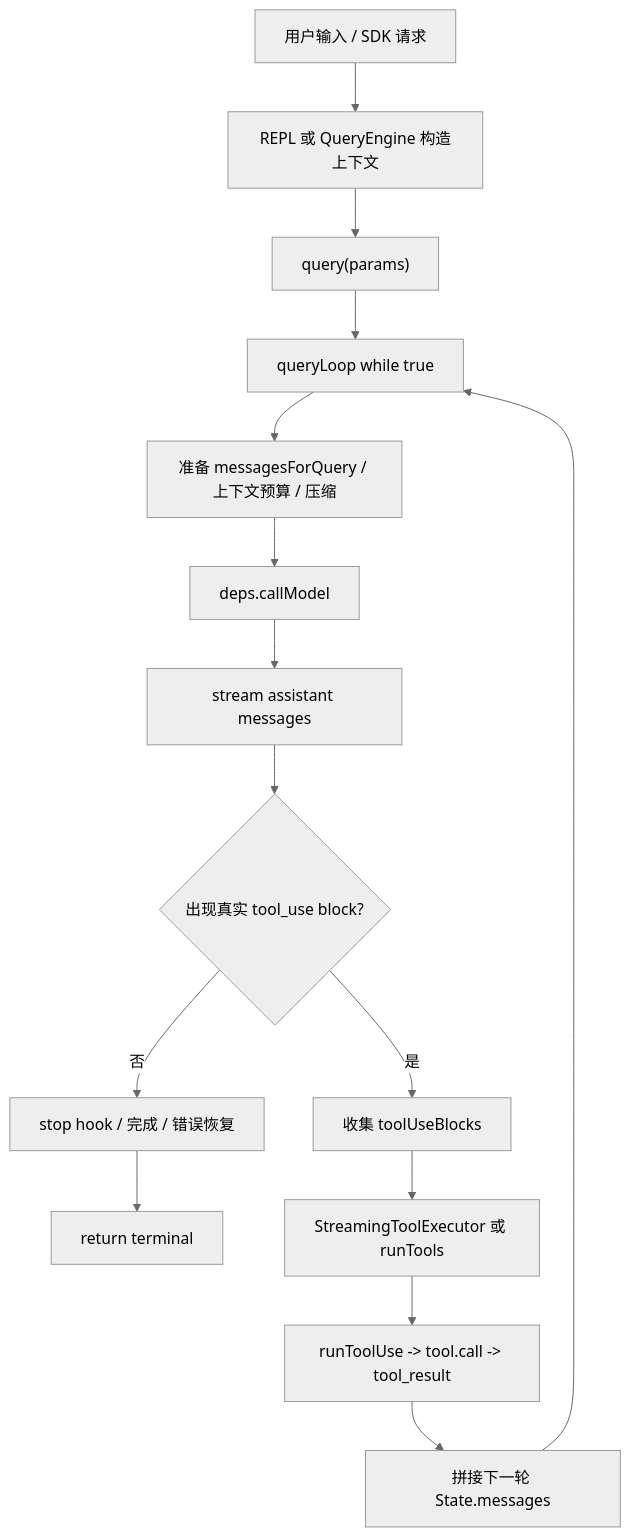
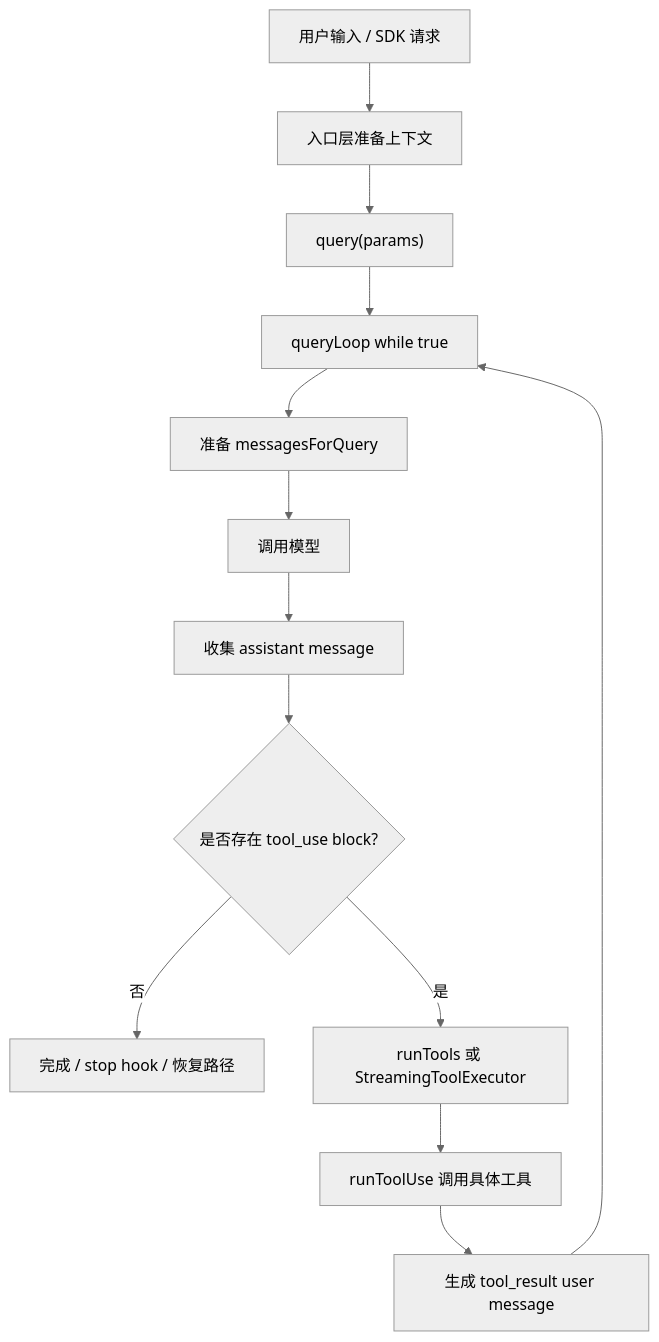
One commit to HOPE989/hope-cc changed the diagram in docs/wiki-source/cc/analysis/claude-code-agent-loop.md. Above: the diagram before and after it, drawn with Mermaid (neutral theme). The commit also changed other lines of this file and 9 other files, not shown here.

````diff
--- a/docs/wiki-source/cc/analysis/claude-code-agent-loop.md
+++ b/docs/wiki-source/cc/analysis/claude-code-agent-loop.md
@@ -61,17 +114,15 @@
 ```mermaid
 flowchart TD
-  A["用户输入 / SDK 请求"] --> B["REPL 或 QueryEngine 构造上下文"]
+  A["用户输入 / SDK 请求"] --> B["入口层准备上下文"]
   B --> C["query(params)"]
   C --> D["queryLoop while true"]
-  D --> E["准备 messagesForQuery / 上下文预算 / 压缩"]
-  E --> F["deps.callModel"]
-  F --> G["stream assistant messages"]
-  G --> H{"出现真实 tool_use block?"}
-  H -- "否" --> I["stop hook / 完成 / 错误恢复"]
-  I --> J["return terminal"]
-  H -- "是" --> K["收集 toolUseBlocks"]
-  K --> L["StreamingToolExecutor 或 runTools"]
-  L --> M["runToolUse -> tool.call -> tool_result"]
-  M --> N["拼接下一轮 State.messages"]
-  N --> D
+  D --> E["准备 messagesForQuery"]
+  E --> F["调用模型"]
+  F --> G["收集 assistant message"]
+  G --> H{"是否存在 tool_use block?"}
+  H -- "否" --> I["完成 / stop hook / 恢复路径"]
+  H -- "是" --> J["runTools 或 StreamingToolExecutor"]
+  J --> K["runToolUse 调用具体工具"]
+  K --> L["生成 tool_result user message"]
+  L --> D
 ```
````
